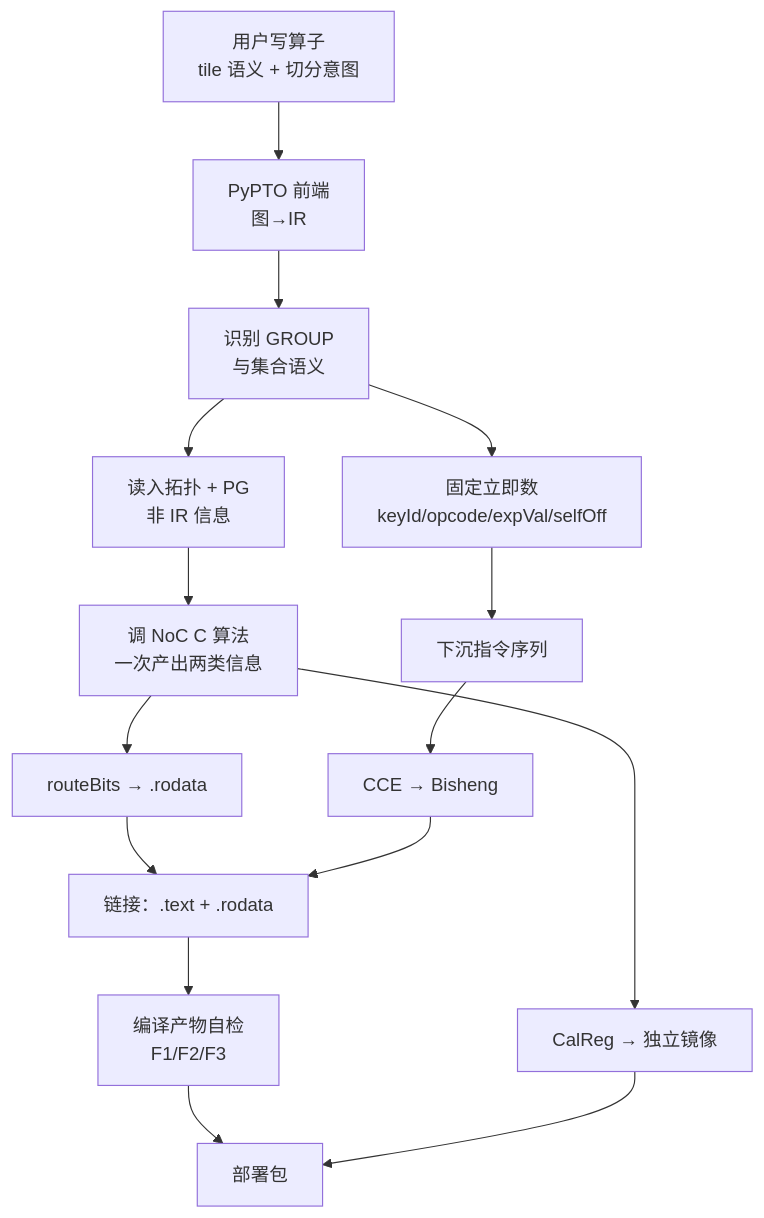
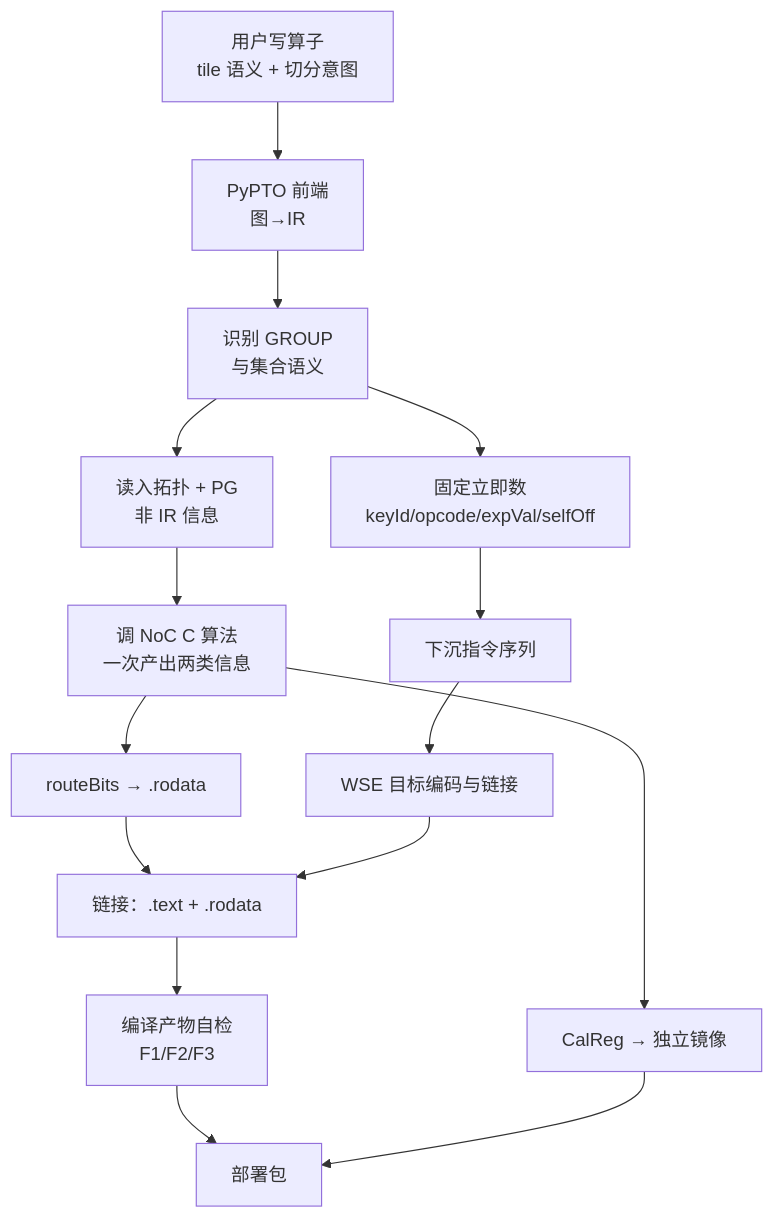
One commit to PTO-ISA/wse-model changed the eighth of 12 diagrams in docs/design/wse-system-architecture-whitepaper.md. Above: the diagram before and after it, drawn with Mermaid. The commit also changed other lines of this file and 9 other files, not shown here.

````diff
--- a/docs/design/wse-system-architecture-whitepaper.md
+++ b/docs/design/wse-system-architecture-whitepaper.md
@@ -657,17 +660,17 @@
 ```mermaid
 flowchart TD
   A1[用户写算子<br/>tile 语义 + 切分意图] --> A2[PyPTO 前端<br/>图→IR]
   A2 --> A3[识别 GROUP<br/>与集合语义]
   A3 --> A4[读入拓扑 + PG<br/>非 IR 信息]
   A4 --> A5[调 NoC C 算法<br/>一次产出两类信息]
   A5 --> A6a[routeBits → .rodata]
   A5 --> A6b[CalReg → 独立镜像]
   A3 --> A7[固定立即数<br/>keyId/opcode/expVal/selfOff]
   A7 --> A8[下沉指令序列]
-  A8 --> A9[CCE → Bisheng]
+  A8 --> A9[WSE 目标编码与链接]
   A6a --> A10[链接：.text + .rodata]
   A9 --> A10
   A10 --> A11[编译产物自检<br/>F1/F2/F3]
   A11 --> A12[部署包]
   A6b --> A12
 ```
````
